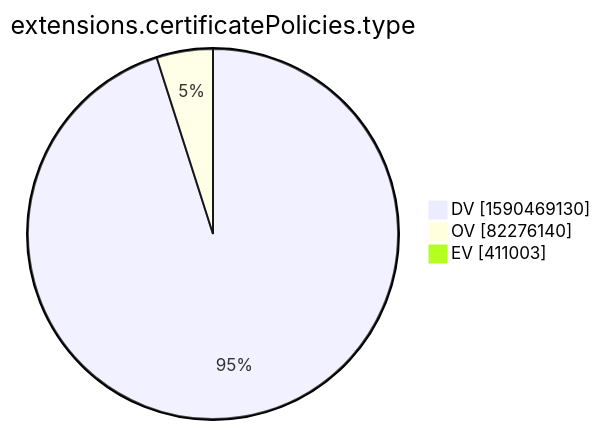
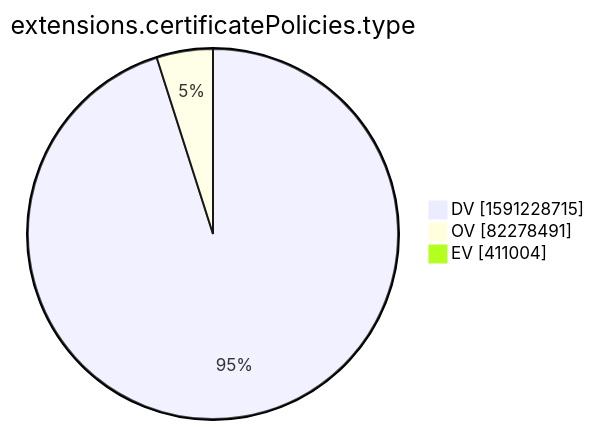
One commit to christiankrug/ctmonitor_visualization changed the tenth of 15 diagrams in xenon2022/README.md. Above: the diagram before and after it, drawn with Mermaid. The commit also changed other lines of this file, not shown here.

````diff
--- a/xenon2022/README.md
+++ b/xenon2022/README.md
@@ -2878,7 +2878,7 @@
 ```mermaid
 pie showData
 title extensions.certificatePolicies.type
-"DV" :1590469130
-"OV" :82276140
-"EV" :411003
+"DV" :1591228715
+"OV" :82278491
+"EV" :411004
 ```
````
